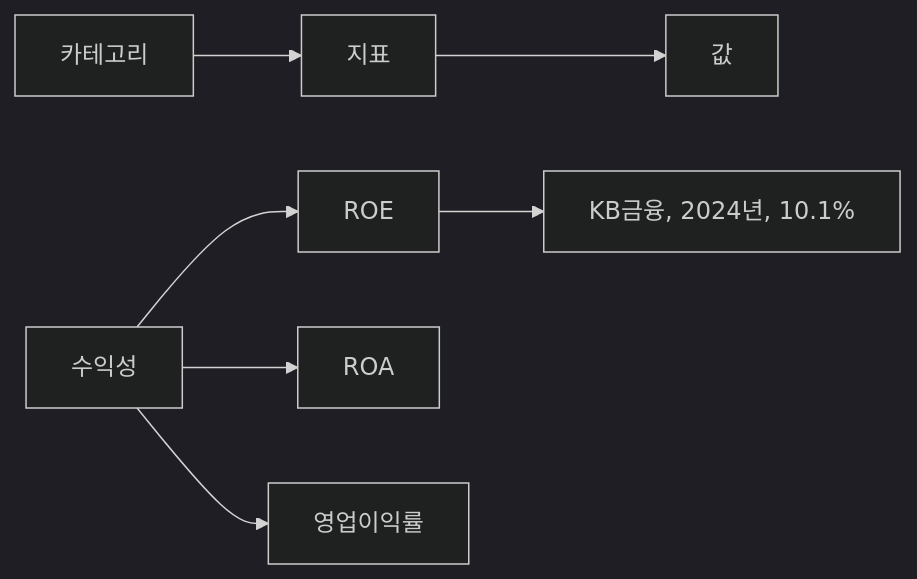
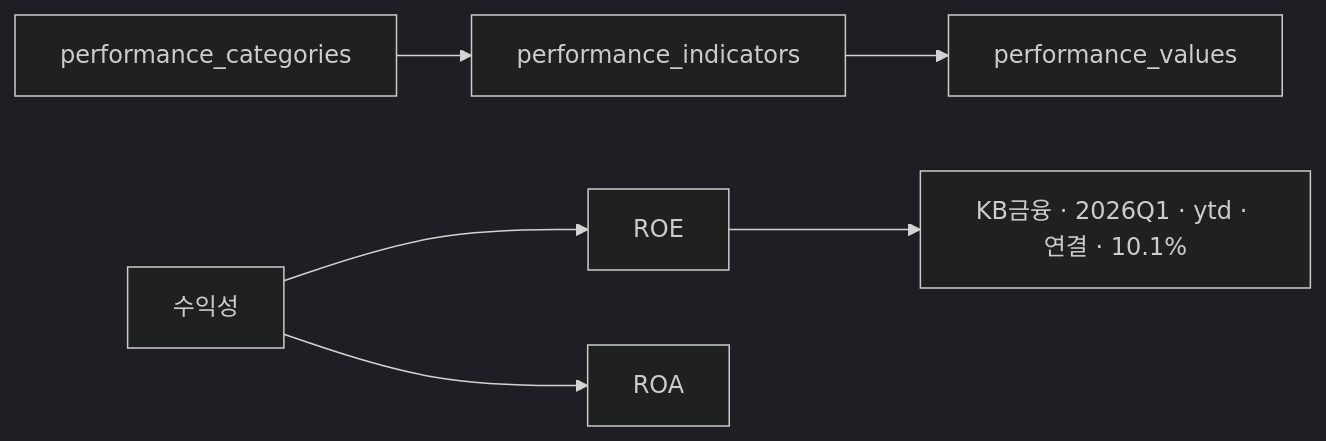
One commit to fntimes/docs changed the first of 6 diagrams in compass/database-design.md. Above: the diagram before and after it, drawn with Mermaid (dark theme). The commit also changed other lines of this file and 1 other file, not shown here.

````diff
--- a/compass/database-design.md
+++ b/compass/database-design.md
@@ -32,10 +37,9 @@
 ```mermaid
 graph LR
-    A[카테고리] --> B[지표]
-    B --> C[값]
+    A[performance_categories] --> B[performance_indicators]
+    B --> C[performance_values]
 
     A1["수익성"] --> B1["ROE"]
     A1 --> B2["ROA"]
-    A1 --> B3["영업이익률"]
-    B1 --> C1["KB금융, 2024년, 10.1%"]
+    B1 --> C1["KB금융 · 2026Q1 · ytd · 연결 · 10.1%"]
 ```
````
